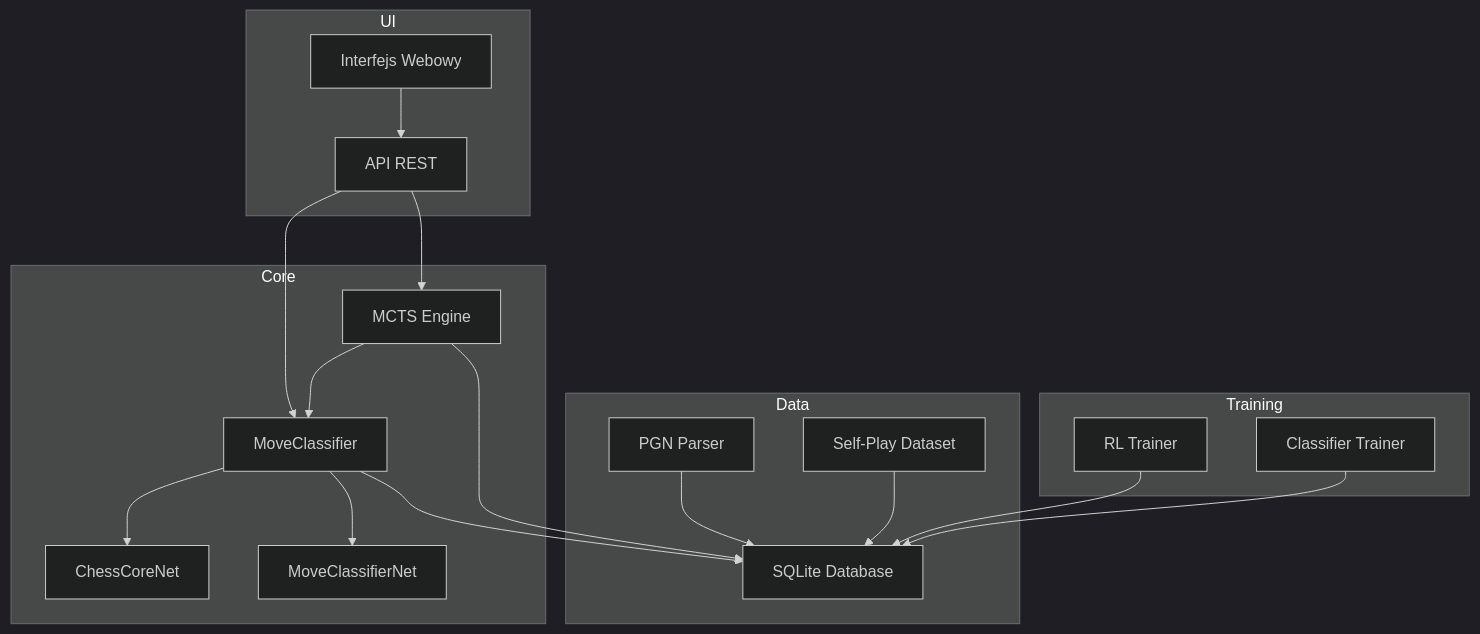
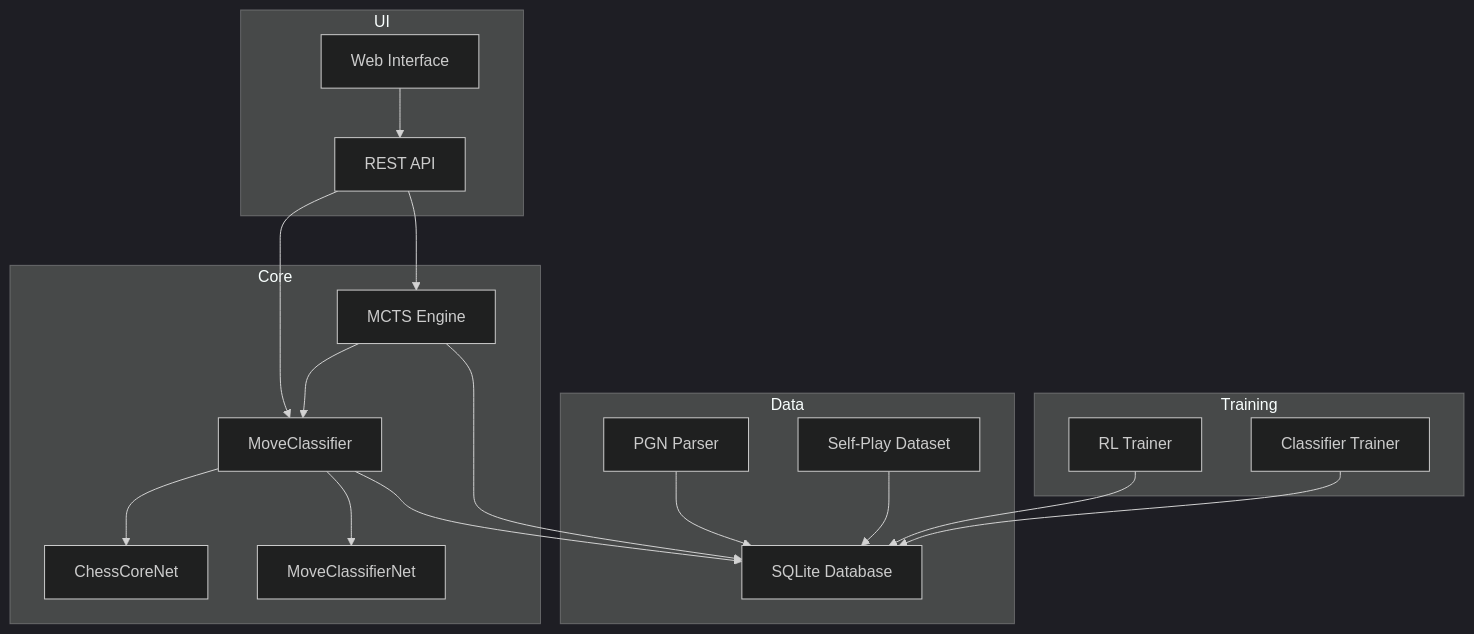
One commit to DoManHito/chess_bot changed the first of 2 diagrams in README.md. Above: the diagram before and after it, drawn with Mermaid (dark theme). The commit also changed other lines of this file and 6 other files, not shown here.

````diff
--- a/README.md
+++ b/README.md
@@ -124,38 +186,38 @@
 ```mermaid
 graph TB
     subgraph UI
-        A[Interfejs Webowy]
-        B[API REST]
+        A[Web Interface]
+        B[REST API]
     end
     
     subgraph Core
         C[MoveClassifier]
         D[MCTS Engine]
         E[ChessCoreNet]
         F[MoveClassifierNet]
     end
     
     subgraph Data
         G[SQLite Database]
         H[PGN Parser]
         I[Self-Play Dataset]
     end
     
     subgraph Training
         J[RL Trainer]
         K[Classifier Trainer]
     end
     
     A --> B
     B --> C
     B --> D
     C --> E
     C --> F
     D --> C
     C --> G
     D --> G
     H --> G
     I --> G
     J --> G
     K --> G
 ```
````
